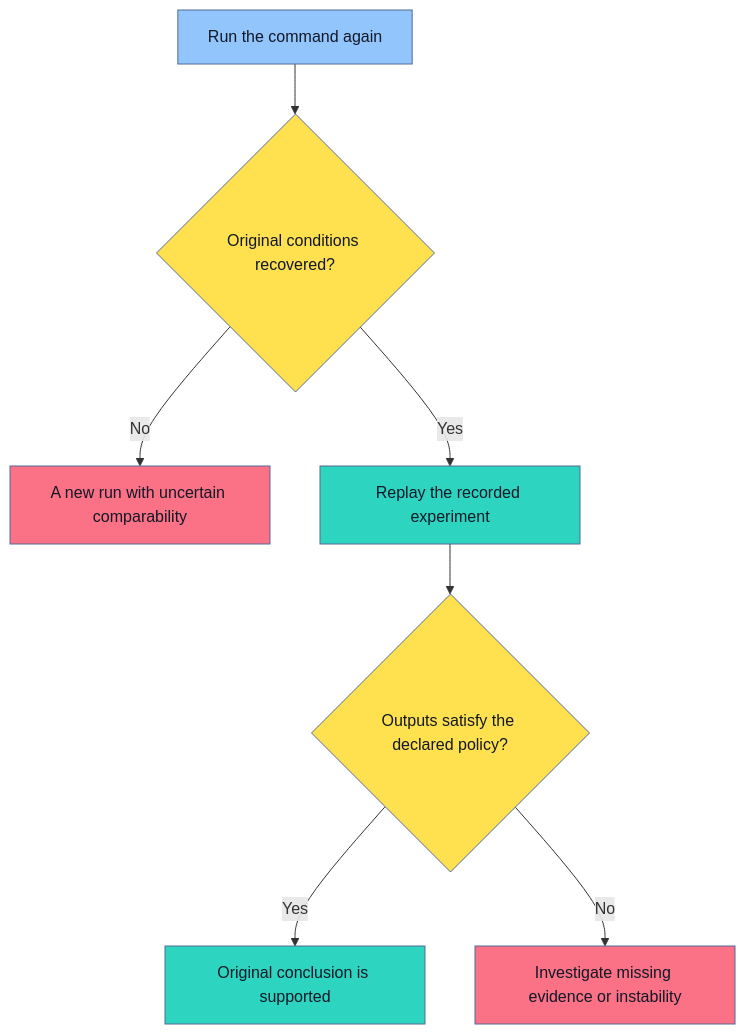
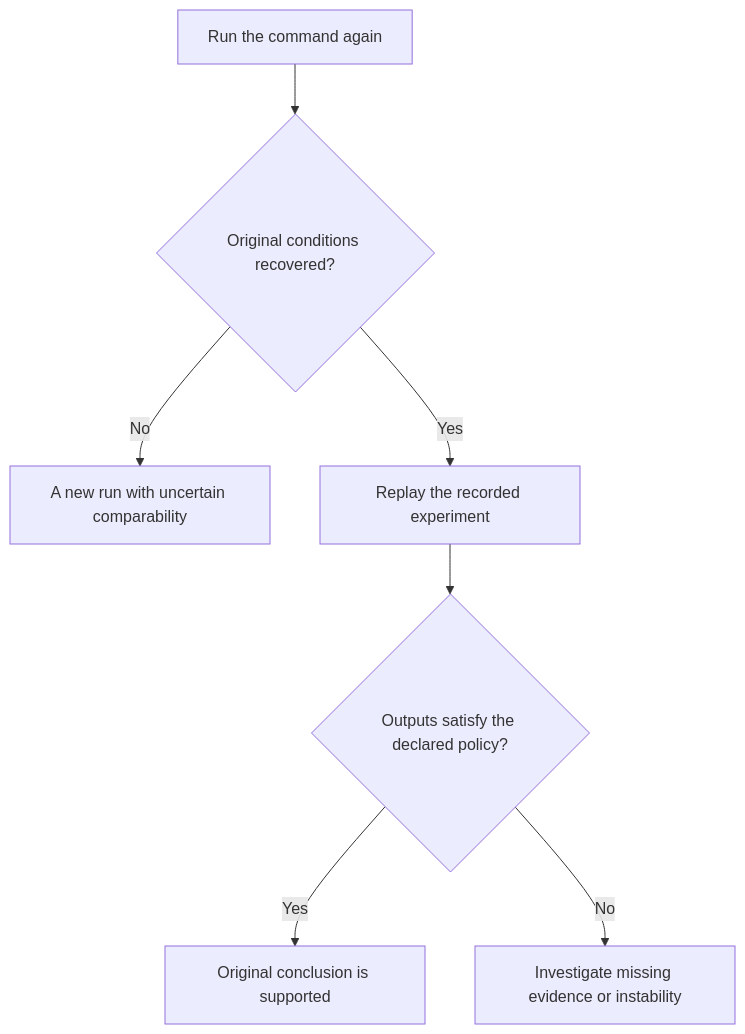
One commit to senlinyy/dev-roadmaps changed the first of 9 diagrams in roadmaps/mlops/modules/experiments-and-reproducibility/experiment-tracking/01-reproducible-ml-experiments.md. Above: the diagram before and after it, drawn with Mermaid. The commit also changed other lines of this file and 152 other files, not shown here.

Commit message:
feat: mlops and diagrams updated

````diff
--- a/roadmaps/mlops/modules/experiments-and-reproducibility/experiment-tracking/01-reproducible-ml-experiments.md
+++ b/roadmaps/mlops/modules/experiments-and-reproducibility/experiment-tracking/01-reproducible-ml-experiments.md
@@ -46,17 +46,17 @@
 ```mermaid
 flowchart TD
     A["Run the command again"] --> B{"Original conditions recovered?"}
     B -->|"No"| C["A new run with uncertain comparability"]
     B -->|"Yes"| D["Replay the recorded experiment"]
     D --> E{"Outputs satisfy the declared policy?"}
     E -->|"Yes"| F["Original conclusion is supported"]
     E -->|"No"| G["Investigate missing evidence or instability"]
 
-    style A fill:#93C5FD,stroke:#536A9A,color:#111827
-    style B fill:#FFE04F,stroke:#536A9A,color:#111827
-    style C fill:#FB7185,stroke:#536A9A,color:#111827
-    style D fill:#2DD4BF,stroke:#536A9A,color:#111827
-    style E fill:#FFE04F,stroke:#536A9A,color:#111827
-    style F fill:#2DD4BF,stroke:#536A9A,color:#111827
-    style G fill:#FB7185,stroke:#536A9A,color:#111827
+    class A dp-mermaid-primary
+    class B dp-mermaid-secondary
+    class C dp-mermaid-tertiary
+    class D dp-mermaid-quaternary
+    class E dp-mermaid-secondary
+    class F dp-mermaid-quaternary
+    class G dp-mermaid-tertiary
 ```
````
